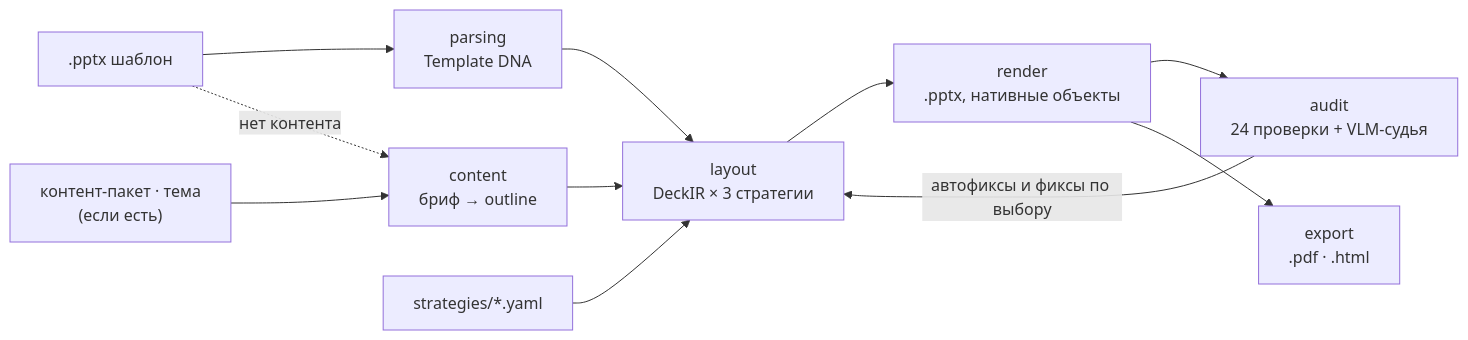
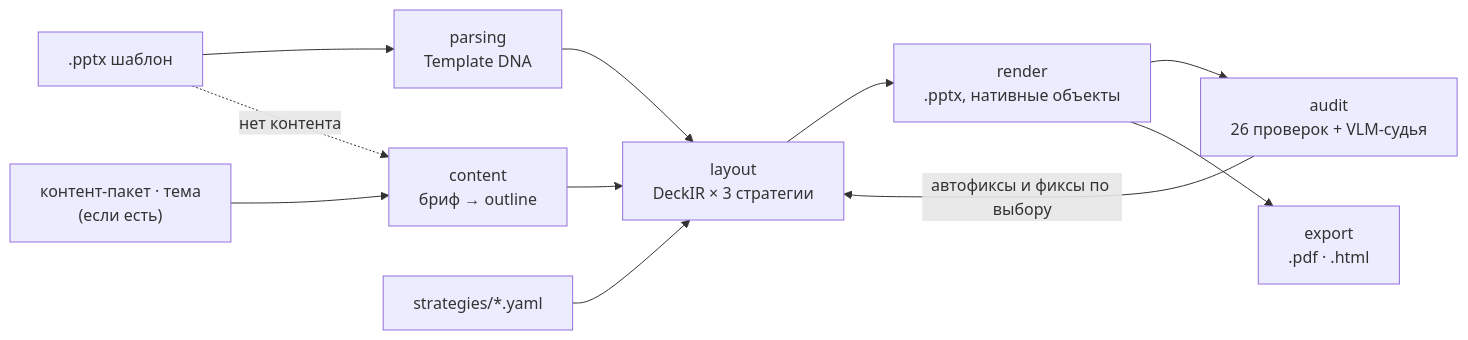
Before and after one commit to kireev-duty/deckforge: the diagram in README.md, drawn with Mermaid. The commit also changed other lines of this file and 80 other files, not shown here.

````diff
--- a/README.md
+++ b/README.md
@@ -40,13 +41,13 @@
 ```mermaid
 flowchart LR
     T[".pptx шаблон"] --> P["parsing<br/>Template DNA"]
     B["контент-пакет · тема<br/>(если есть)"] --> C["content<br/>бриф → outline"]
     T -. "нет контента" .-> C
     S["strategies/*.yaml"] --> L
     P --> L["layout<br/>DeckIR × 3 стратегии"]
     C --> L
     L --> R["render<br/>.pptx, нативные объекты"]
-    R --> A["audit<br/>24 проверки + VLM-судья"]
+    R --> A["audit<br/>26 проверок + VLM-судья"]
     A -- "автофиксы и фиксы по выбору" --> L
     R --> E["export<br/>.pdf · .html"]
 ```
````
